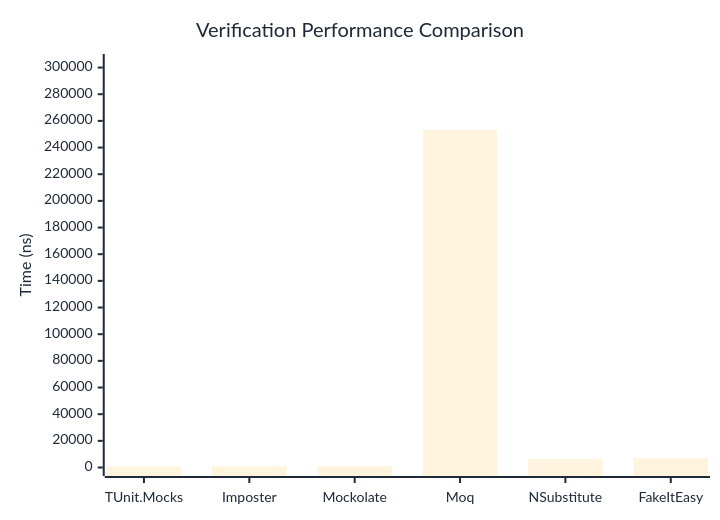
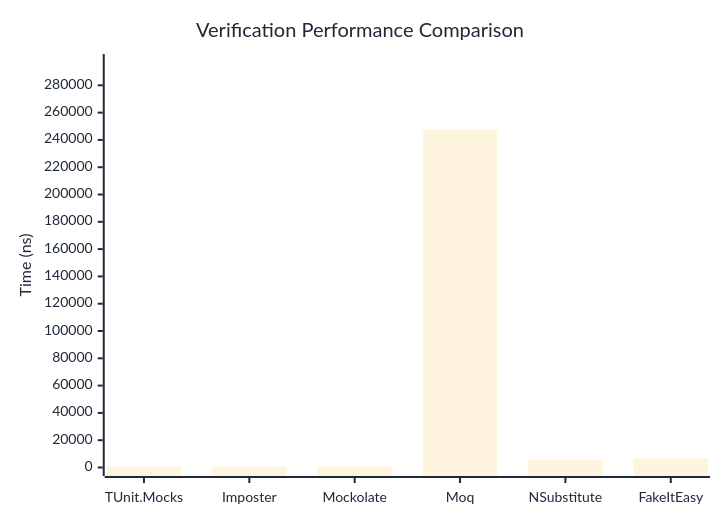
The first of 3 diagrams in docs/docs/benchmarks/mocks/Verification.md (thomhurst/TUnit), drawn with Mermaid before and after one commit. The commit also changed other lines of this file and 14 other files, not shown here.

````diff
--- a/docs/docs/benchmarks/mocks/Verification.md
+++ b/docs/docs/benchmarks/mocks/Verification.md
@@ -28,27 +28,27 @@
 ```mermaid
 %%{init: {
   'theme':'base',
   'themeVariables': {
     'primaryColor': '#2563eb',
     'primaryTextColor': '#1f2937',
     'primaryBorderColor': '#1e40af',
     'lineColor': '#6b7280',
     'secondaryColor': '#7c3aed',
     'tertiaryColor': '#dc2626',
     'background': '#ffffff',
     'pie1': '#2563eb',
     'pie2': '#7c3aed',
     'pie3': '#dc2626',
     'pie4': '#f59e0b',
     'pie5': '#10b981',
     'pie6': '#06b6d4',
     'pie7': '#ec4899',
     'pie8': '#6366f1'
   }
 }}%%
 xychart-beta
   title "Verification Performance Comparison"
   x-axis ["TUnit.Mocks", "Imposter", "Mockolate", "Moq", "NSubstitute", "FakeItEasy"]
-  y-axis "Time (ns)" 0 --> 303793
-  bar [795.79, 828.2, 1051.88, 253160.05, 6476.44, 6997.74]
+  y-axis "Time (ns)" 0 --> 296724
+  bar [711.23, 678.66, 955.18, 247269.31, 5910.96, 6690.39]
 ```
````
